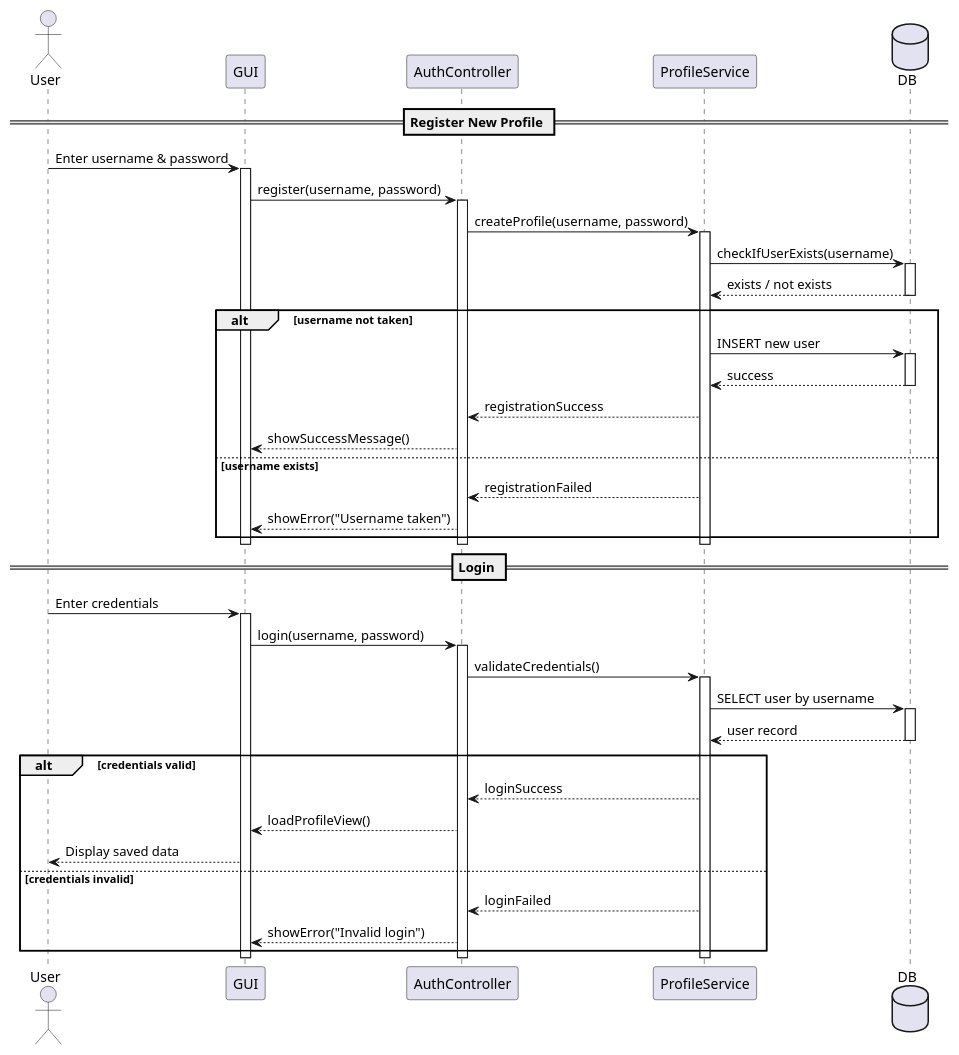
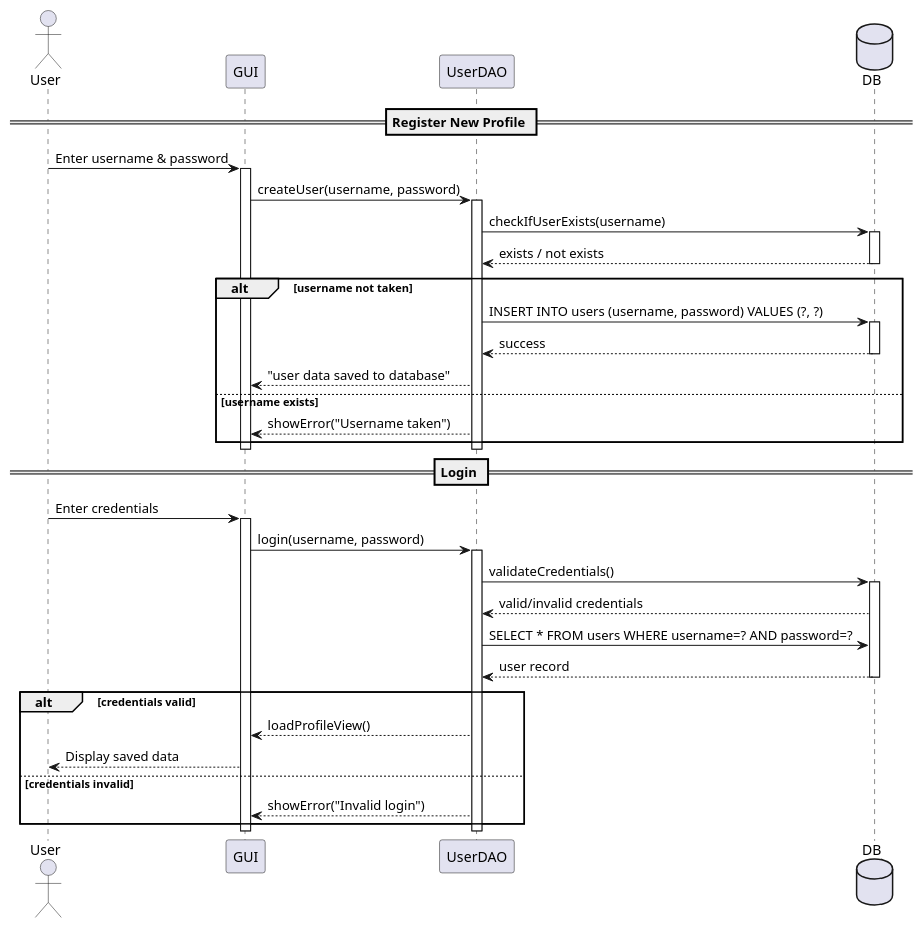
One commit to noahdc06/SoftwareDesignProject changed the diagram in LegendsOfSwordAndWand_Project/sequence_diagrams/case1.puml. Above: the diagram before and after it, drawn with PlantUML.

```diff
--- a/LegendsOfSwordAndWand_Project/sequence_diagrams/case1.puml
+++ b/LegendsOfSwordAndWand_Project/sequence_diagrams/case1.puml
@@ -1,71 +1,63 @@
 @startuml
 actor User
 participant GUI
-participant AuthController
-participant ProfileService
+participant UserDAO
 database DB
 
 == Register New Profile ==
 
 User -> GUI : Enter username & password
 activate GUI
 
-GUI -> AuthController : register(username, password)
-activate AuthController
+GUI -> UserDAO : createUser(username, password)
+activate UserDAO
 
-AuthController -> ProfileService : createProfile(username, password)
-activate ProfileService
-
-ProfileService -> DB : checkIfUserExists(username)
+UserDAO -> DB : checkIfUserExists(username)
 activate DB
-DB --> ProfileService : exists / not exists
+DB --> UserDAO : exists / not exists
 deactivate DB
 
 alt username not taken
-    ProfileService -> DB : INSERT new user
+    UserDAO -> DB : INSERT INTO users (username, password) VALUES (?, ?)
     activate DB
-    DB --> ProfileService : success
+    DB --> UserDAO : success
     deactivate DB
 
-    ProfileService --> AuthController : registrationSuccess
-    AuthController --> GUI : showSuccessMessage()
+    UserDAO -->  GUI : "user data saved to database"
 else username exists
-    ProfileService --> AuthController : registrationFailed
-    AuthController --> GUI : showError("Username taken")
+    UserDAO --> GUI : showError("Username taken")
 end
 
-deactivate ProfileService
-deactivate AuthController
+deactivate UserDAO
 deactivate GUI
 
 
 == Login ==
 
 User -> GUI : Enter credentials
 activate GUI
 
-GUI -> AuthController : login(username, password)
-activate AuthController
+GUI -> UserDAO : login(username, password)
+activate UserDAO
 
-AuthController -> ProfileService : validateCredentials()
-activate ProfileService
+UserDAO -> DB : validateCredentials()
+activate DB
+DB --> UserDAO : valid/invalid credentials
 
-ProfileService -> DB : SELECT user by username
-activate DB
-DB --> ProfileService : user record
+UserDAO -> DB : SELECT * FROM users WHERE username=? AND password=?
+
+
+DB --> UserDAO : user record
 deactivate DB
 
 alt credentials valid
-    ProfileService --> AuthController : loginSuccess
-    AuthController --> GUI : loadProfileView()
+    UserDAO --> GUI : loadProfileView()
     GUI --> User : Display saved data
 else credentials invalid
-    ProfileService --> AuthController : loginFailed
-    AuthController --> GUI : showError("Invalid login")
+    UserDAO --> GUI : showError("Invalid login")
 end
 
-deactivate ProfileService
-deactivate AuthController
+deactivate UserDAO
 deactivate GUI
 
 @enduml
```
